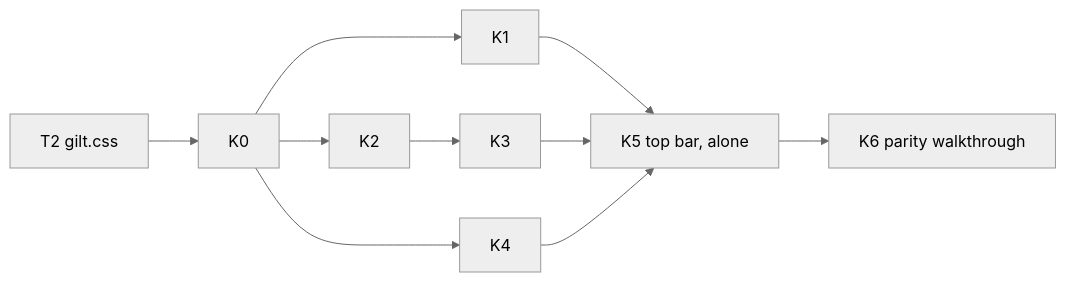
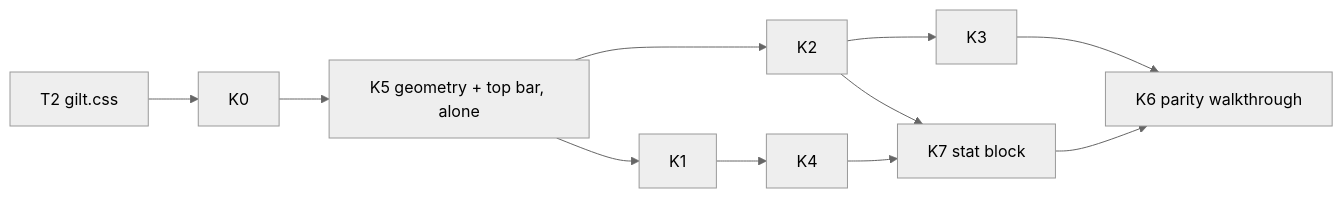
The diagram in docs/specs/post-mvp/kit-parity.md (szymonbalasz/pocket-plane), drawn with Mermaid (neutral theme) before and after one commit. The commit also changed other lines of this file and 1 other file, not shown here.

Commit message:
Apply kit-parity decisions: launcher in top bar, taller log, stat-block window

````diff
--- a/docs/specs/post-mvp/kit-parity.md
+++ b/docs/specs/post-mvp/kit-parity.md
@@ -335,9 +375,10 @@
 ```mermaid
 flowchart LR
   T2[T2 gilt.css] --> K0
-  K0 --> K1 & K2
+  K0 --> K5[K5 geometry + top bar, alone]
+  K5 --> K1 & K2
   K2 --> K3
-  K0 --> K4
-  K1 & K3 & K4 --> K5[K5 top bar, alone]
-  K5 --> K6[K6 parity walkthrough]
+  K1 --> K4
+  K2 & K4 --> K7[K7 stat block]
+  K3 & K7 --> K6[K6 parity walkthrough]
 ```
````
